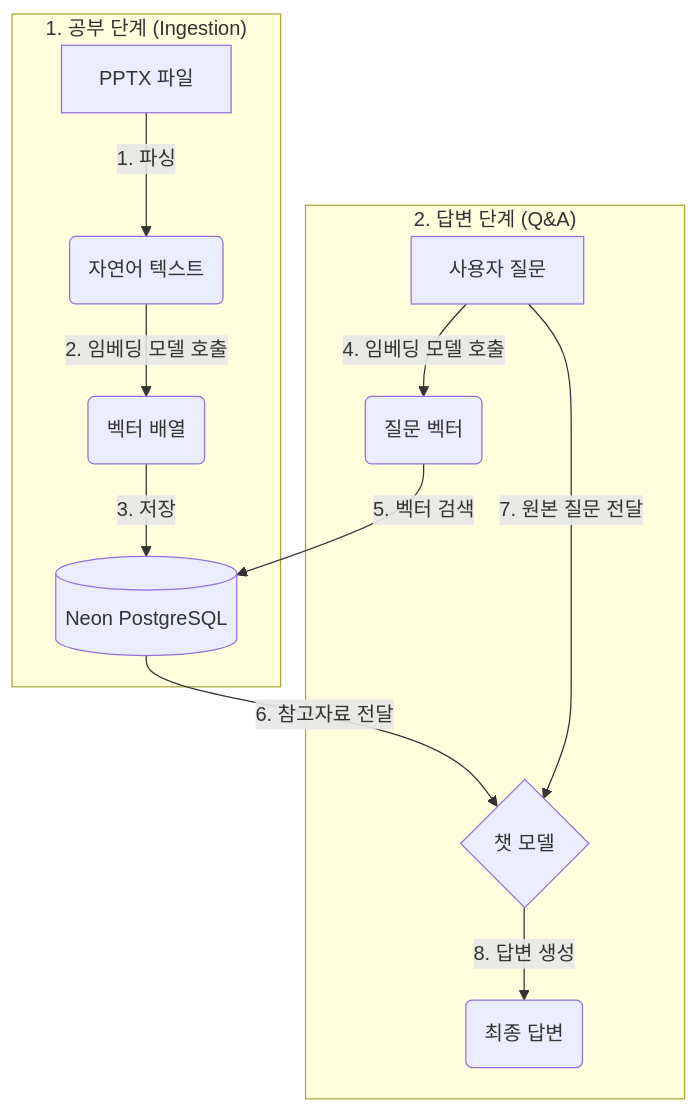
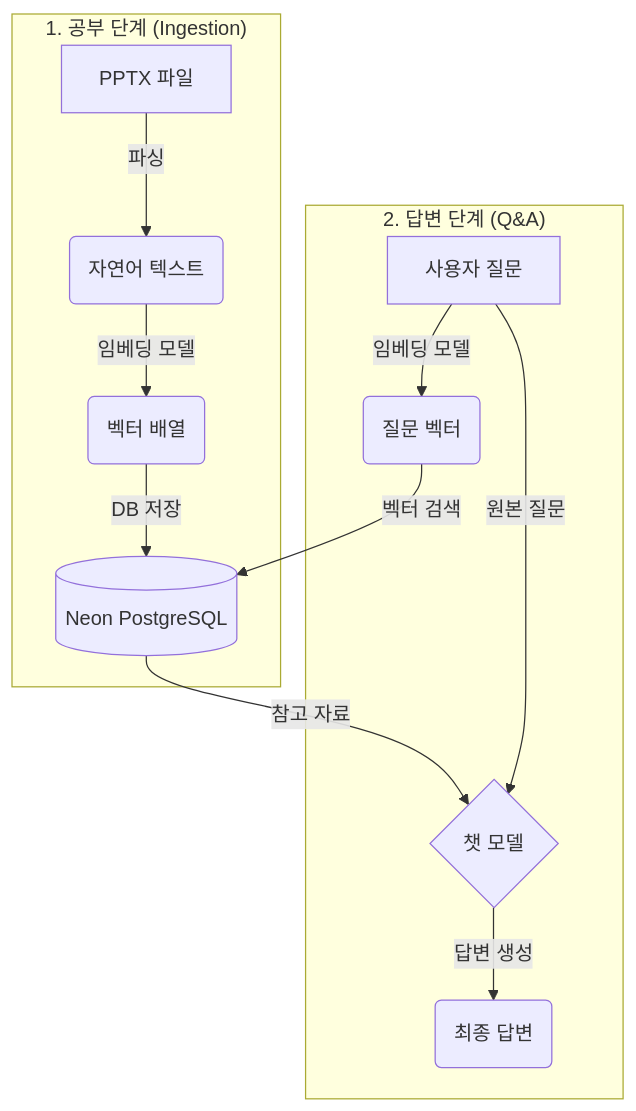
One commit to ghdrms1992/policy-embedder changed the diagram in Readme.md. Above: the diagram before and after it, drawn with Mermaid.

Commit message:
fix(docs): Repair Mermaid diagram rendering
- Simplify diagram syntax by removing numbered labels from edges to resolve rendering issues on GitHub.

````diff
--- a/Readme.md
+++ b/Readme.md
@@ -20,16 +20,16 @@
 ```mermaid
 graph TD
     subgraph "1. 공부 단계 (Ingestion)"
-        A[PPTX 파일] -->|1. 파싱| B(자연어 텍스트)
-        B -->|2. 임베딩 모델 호출| C(벡터 배열)
-        C -->|3. 저장| D[(Neon PostgreSQL)]
+        A[PPTX 파일] -->|파싱| B(자연어 텍스트)
+        B -->|임베딩 모델| C(벡터 배열)
+        C -->|DB 저장| D[(Neon PostgreSQL)]
     end
 
     subgraph "2. 답변 단계 (Q&A)"
-        E[사용자 질문] -->|4. 임베딩 모델 호출| F(질문 벡터)
-        F -->|5. 벡터 검색| D
-        D -->|6. 참고자료 전달| G{챗 모델}
-        E -->|7. 원본 질문 전달| G
-        G -->|8. 답변 생성| H(최종 답변)
+        E[사용자 질문] -->|임베딩 모델| F(질문 벡터)
+        F -->|벡터 검색| D
+        D -->|참고 자료| G{챗 모델}
+        E -->|원본 질문| G
+        G -->|답변 생성| H(최종 답변)
     end
 ```
````
